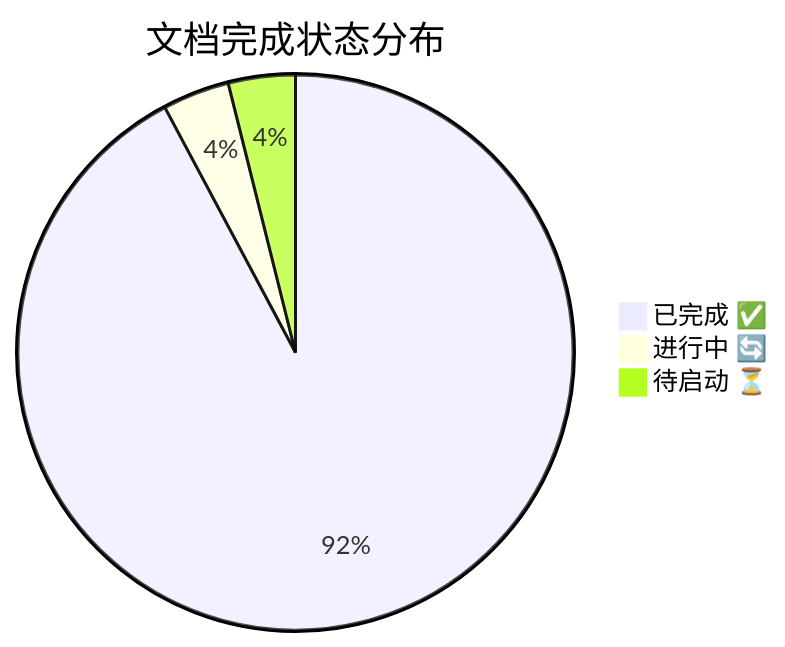
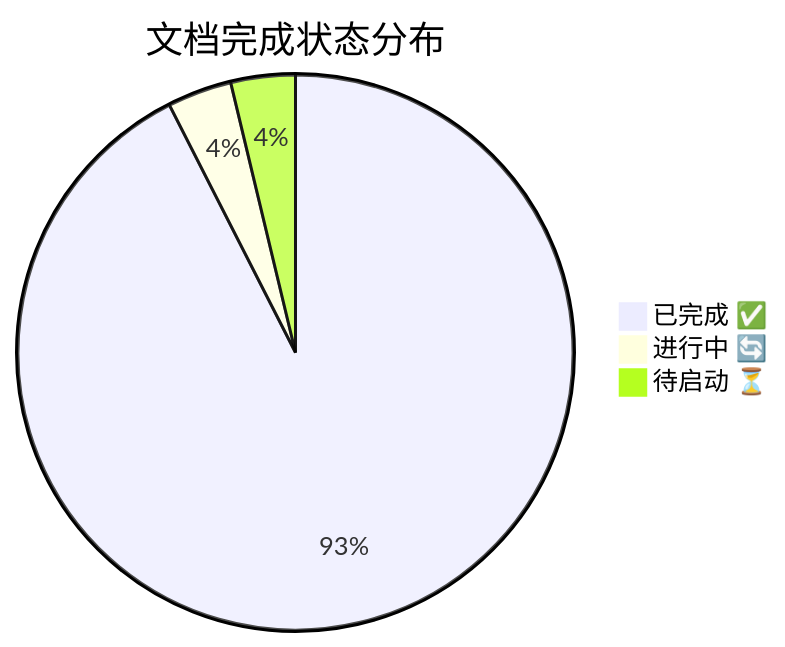
Before and after one commit to yimeng2026/TOE-SYLVA: the first of 3 diagrams in framework/DASHBOARD.md, drawn with Mermaid. The commit also changed other lines of this file and 6 other files, not shown here.

````diff
--- a/framework/DASHBOARD.md
+++ b/framework/DASHBOARD.md
@@ -33,6 +33,6 @@
 ```mermaid
 pie title 文档完成状态分布
-    "已完成 ✅" : 71
+    "已完成 ✅" : 74
     "进行中 🔄" : 3
     "待启动 ⏳" : 3
 ```
````
